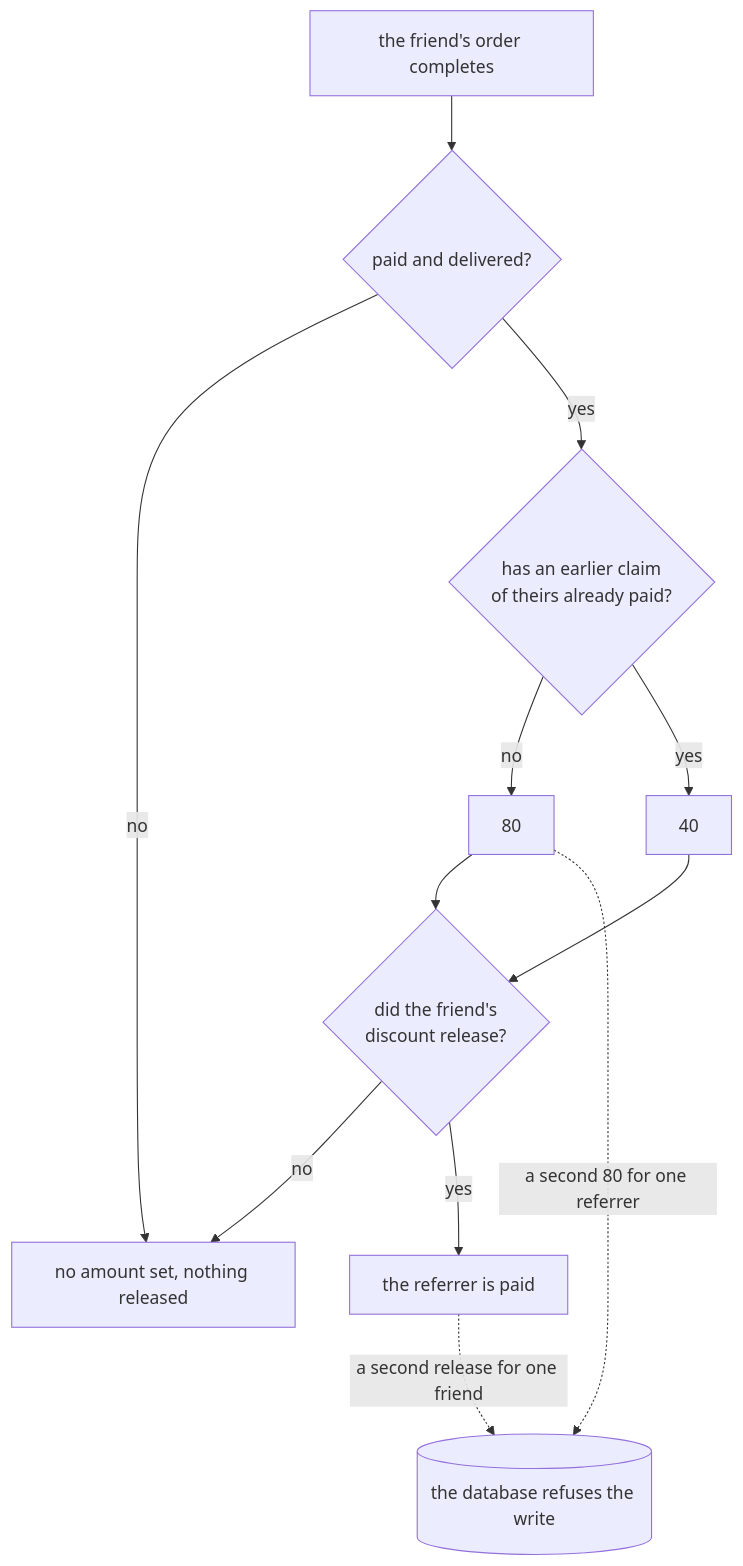
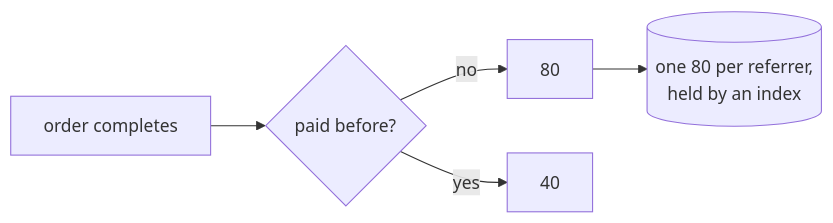
Before and after one commit to joleneann/bolt-referral-tables: the second of 3 diagrams in README.md, drawn with Mermaid. The commit also changed other lines of this file and 3 other files, not shown here.

````diff
--- a/README.md
+++ b/README.md
@@ -83,14 +95,7 @@
 ```mermaid
-flowchart TD
-    A[the friend's order completes] --> B{paid and delivered?}
-    B -->|no| C[no amount set, nothing released]
-    B -->|yes| D{has an earlier claim<br/>of theirs already paid?}
-    D -->|no| E[80]
-    D -->|yes| F[40]
-    E --> G{did the friend's<br/>discount release?}
-    F --> G
-    G -->|no| C
-    G -->|yes| H[the referrer is paid]
-    E -.a second 80 for one referrer.-> X[(the database refuses the write)]
-    H -.a second release for one friend.-> X
+flowchart LR
+  A[order completes] --> B{paid before?}
+  B -->|no| C[80]
+  B -->|yes| D[40]
+  C --> E[(one 80 per referrer,<br/>held by an index)]
 ```
````
